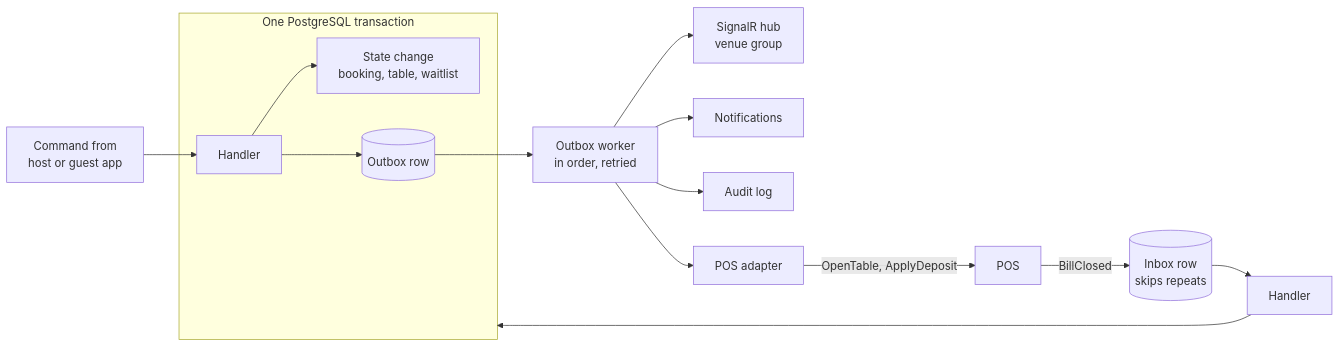
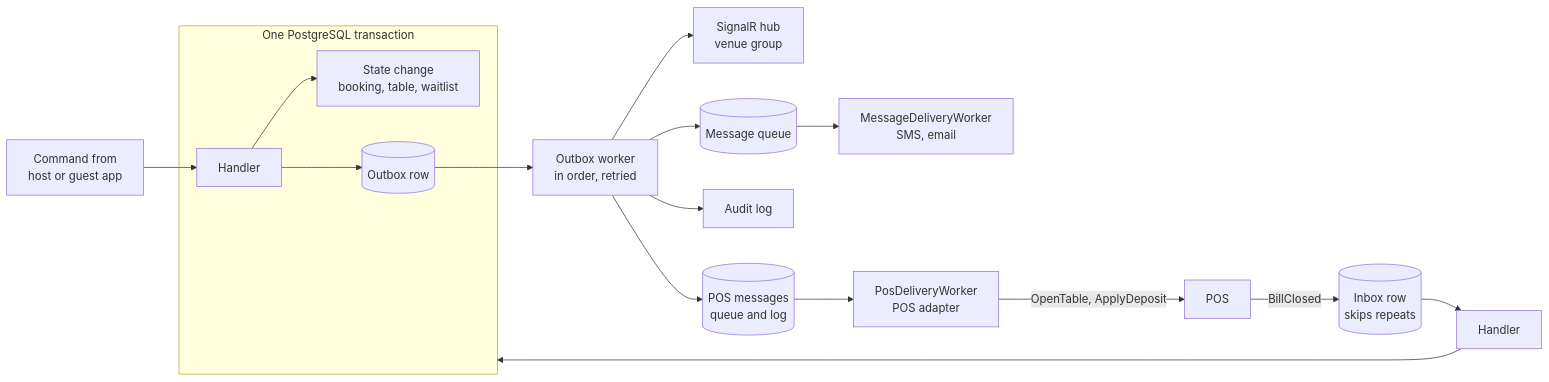
One commit to ring9834/TableReservation changed the second of 6 diagrams in docs/Architecture.md. Above: the diagram before and after it, drawn with Mermaid. The commit also changed other lines of this file and 8 other files, not shown here.

````diff
--- a/docs/Architecture.md
+++ b/docs/Architecture.md
@@ -148,16 +148,18 @@
 ```mermaid
 flowchart LR
     cmd[Command from<br/>host or guest app] --> h[Handler]
     subgraph tx [One PostgreSQL transaction]
         h --> state[State change<br/>booking, table, waitlist]
         h --> outbox[(Outbox row)]
     end
     outbox --> worker[Outbox worker<br/>in order, retried]
     worker --> hub[SignalR hub<br/>venue group]
-    worker --> notify[Notifications]
+    worker --> notify[(Message queue)]
+    notify --> mw[MessageDeliveryWorker<br/>SMS, email]
     worker --> audit[Audit log]
-    worker --> posA[POS adapter]
+    worker --> posQ[(POS messages<br/>queue and log)]
+    posQ --> posA[PosDeliveryWorker<br/>POS adapter]
     posA -->|OpenTable, ApplyDeposit| pos[POS]
     pos -->|BillClosed| inbox[(Inbox row<br/>skips repeats)]
     inbox --> h2[Handler] --> tx
 ```
````
